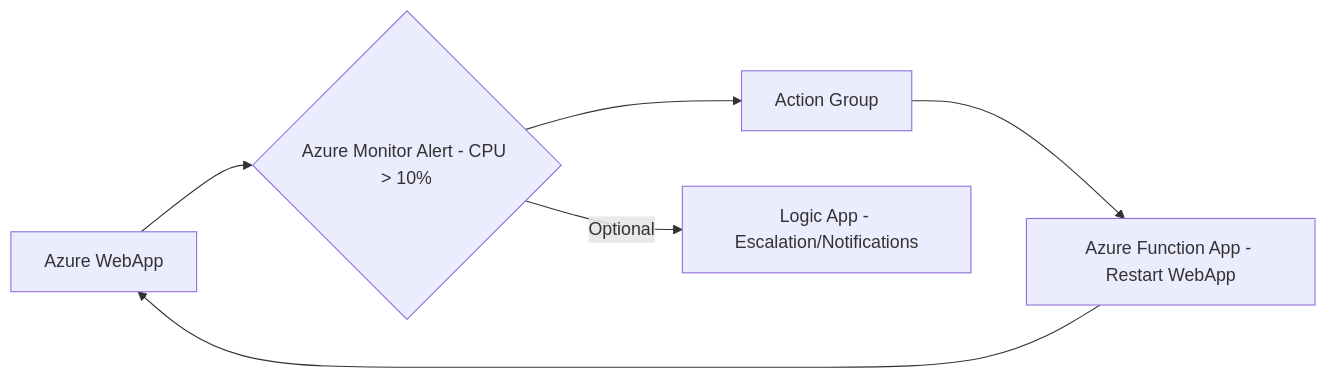
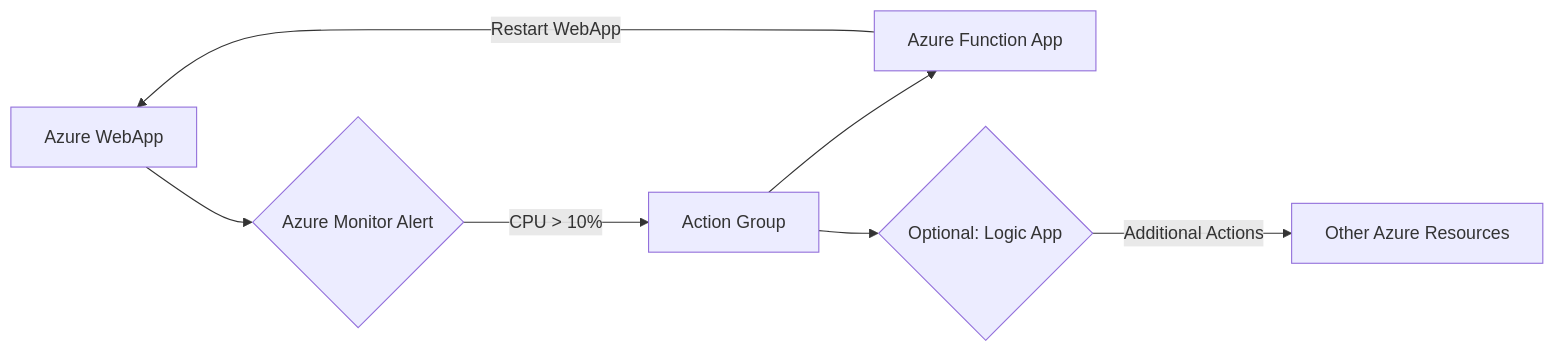
Before and after one commit to Jobinjohn2002/Infra_ops: the diagram in diagram.mmd, drawn with Mermaid. The commit also changed 2 other files, not shown here.

Commit message:
Auto-generated runbook with diagram image

```diff
--- a/diagram.mmd
+++ b/diagram.mmd
@@ -1,6 +1,7 @@
 graph LR
-    A[Azure WebApp] --> B{Azure Monitor Alert - CPU > 10%}
-    B --> C[Action Group]
-    C --> D[Azure Function App - Restart WebApp]
-    D --> A
-    B -- Optional --> E[Logic App - Escalation/Notifications]
+    A[Azure WebApp] --> B{Azure Monitor Alert};
+    B -- CPU > 10% --> C[Action Group];
+    C --> D[Azure Function App];
+    D -- Restart WebApp --> A;
+    C --> E{Optional: Logic App};
+    E -- Additional Actions --> F[Other Azure Resources];
```
